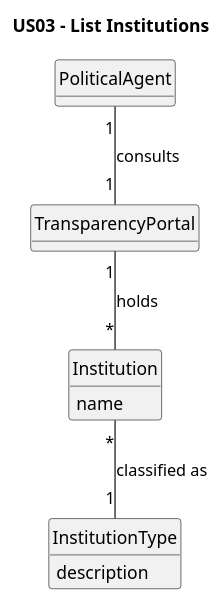
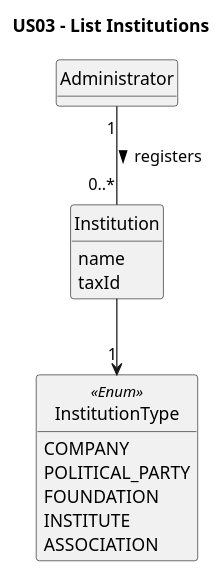
Before and after one commit to Departamento-de-Engenharia-Informatica/sem2-pi-25-26-g096-repo: the diagram in docs/system-documentation/US03/02.analysis/puml/US03-DM.puml, drawn with PlantUML. The commit also changed 2 other files, not shown here.

```diff
--- a/docs/system-documentation/US03/02.analysis/puml/US03-DM.puml
+++ b/docs/system-documentation/US03/02.analysis/puml/US03-DM.puml
@@ -1,28 +1,29 @@
 @startuml
 title US03 - List Institutions
 skinparam monochrome true
 skinparam packageStyle rectangle
 skinparam shadowing false
 skinparam classAttributeIconSize 0
 hide circle
 hide methods
 
-class TransparencyPortal {
+class Institution {
+    name
+    taxId
 }
 
-class PoliticalAgent {
+enum InstitutionType << Enum >> {
+  COMPANY
+  POLITICAL_PARTY
+  FOUNDATION
+  INSTITUTE
+  ASSOCIATION
 }
 
-class Institution {
-    name
+class Administrator {
 }
 
-class InstitutionType {
-    description
-}
-
-TransparencyPortal "1" -- "*" Institution : holds
-PoliticalAgent "1" -- "1" TransparencyPortal : consults
-Institution "*" -- "1" InstitutionType : classified as
+Administrator "1" -- "0..*" Institution : registers >
+Institution --> "1" InstitutionType
 
 @enduml
```
